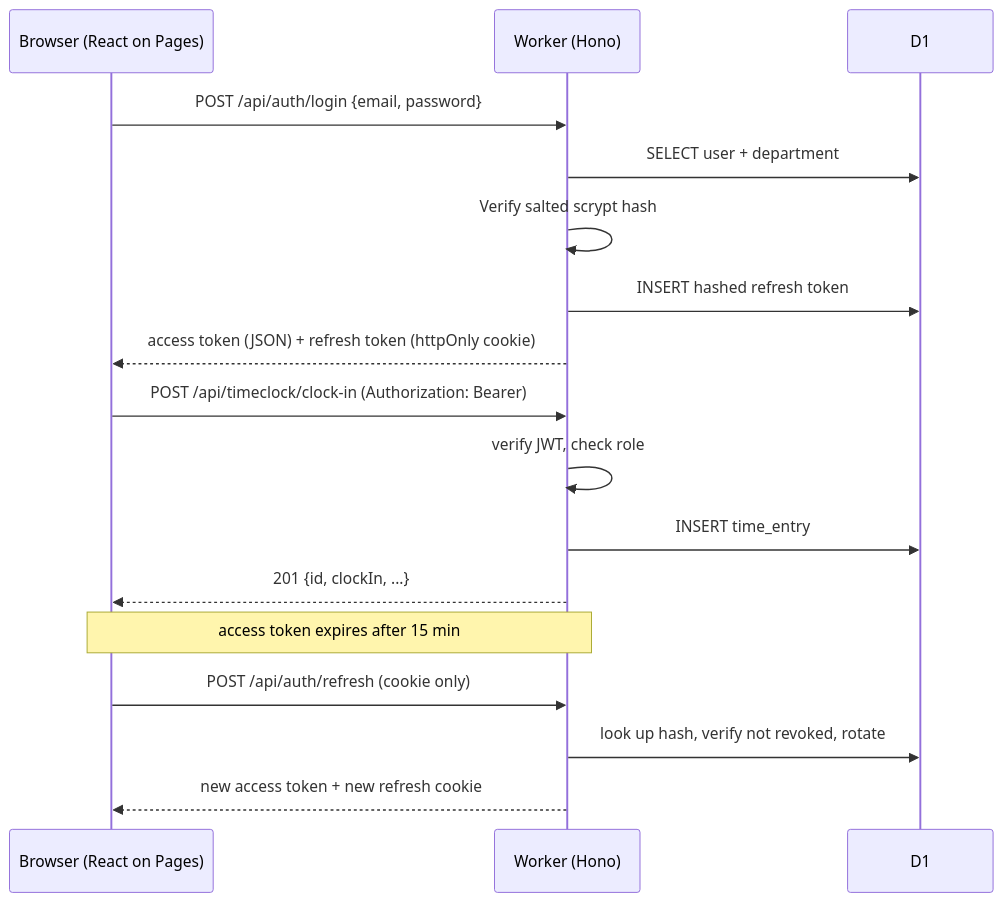
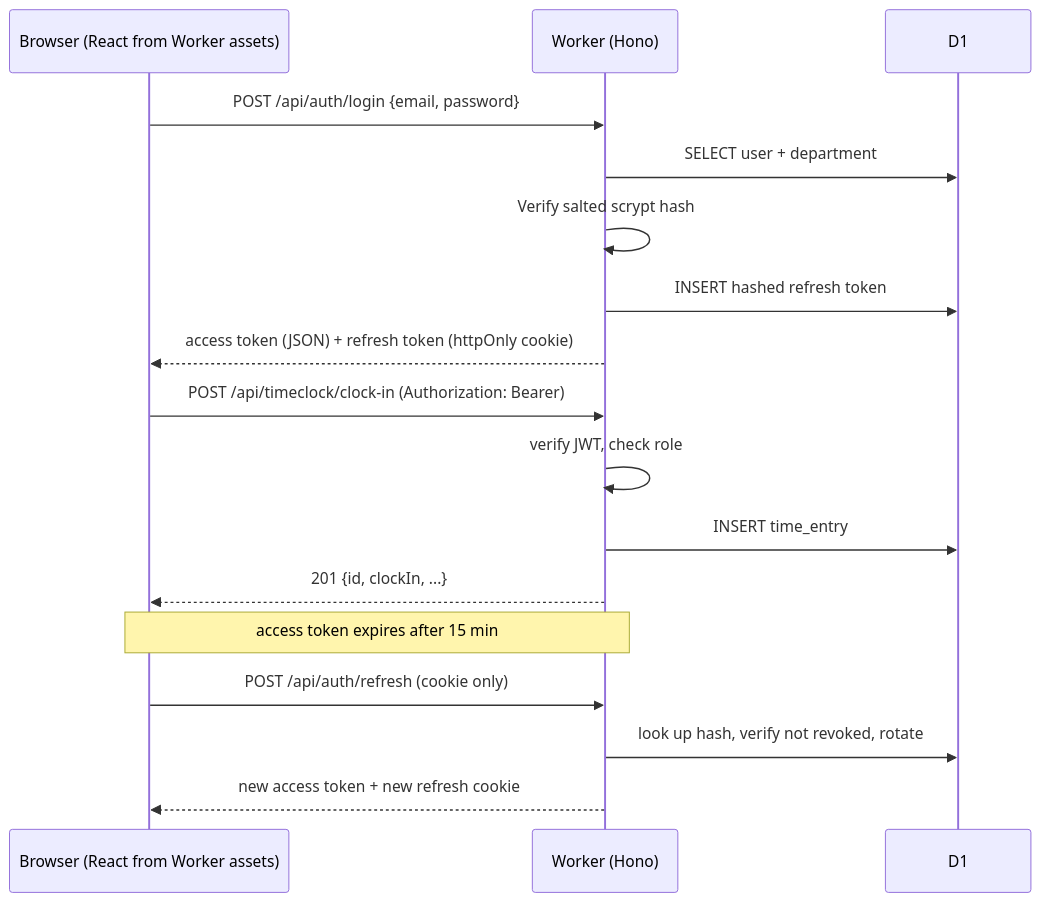
Before and after one commit to drewjeanette/Talon: the diagram in docs/ARCHITECTURE.md, drawn with Mermaid. The commit also changed other lines of this file and 11 other files, not shown here.

````diff
--- a/docs/ARCHITECTURE.md
+++ b/docs/ARCHITECTURE.md
@@ -46,22 +46,22 @@
 ```mermaid
 sequenceDiagram
-    participant B as Browser (React on Pages)
+    participant B as Browser (React from Worker assets)
     participant W as Worker (Hono)
     participant D as D1
 
     B->>W: POST /api/auth/login {email, password}
     W->>D: SELECT user + department
     W->>W: Verify salted scrypt hash
     W->>D: INSERT hashed refresh token
     W-->>B: access token (JSON) + refresh token (httpOnly cookie)
 
     B->>W: POST /api/timeclock/clock-in (Authorization: Bearer)
     W->>W: verify JWT, check role
     W->>D: INSERT time_entry
     W-->>B: 201 {id, clockIn, ...}
 
     Note over B,W: access token expires after 15 min
     B->>W: POST /api/auth/refresh (cookie only)
     W->>D: look up hash, verify not revoked, rotate
     W-->>B: new access token + new refresh cookie
 ```
````
